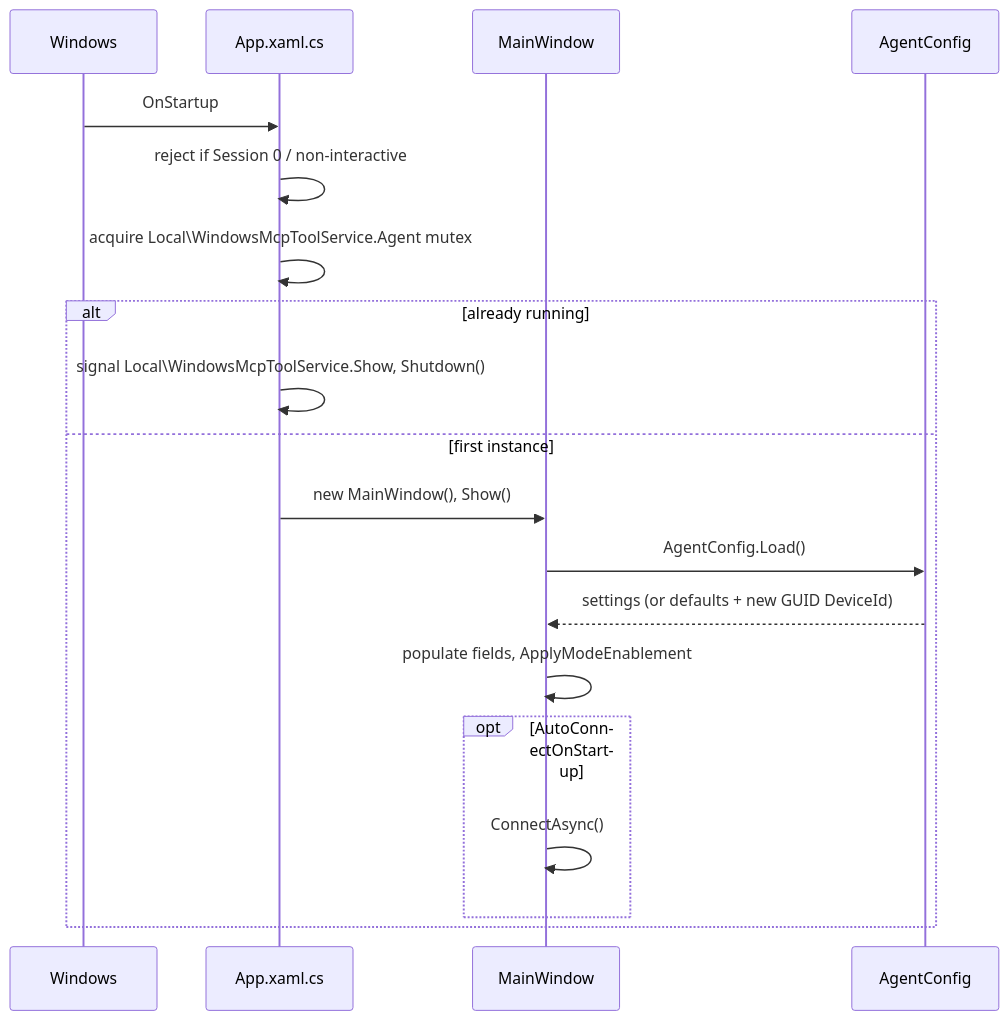
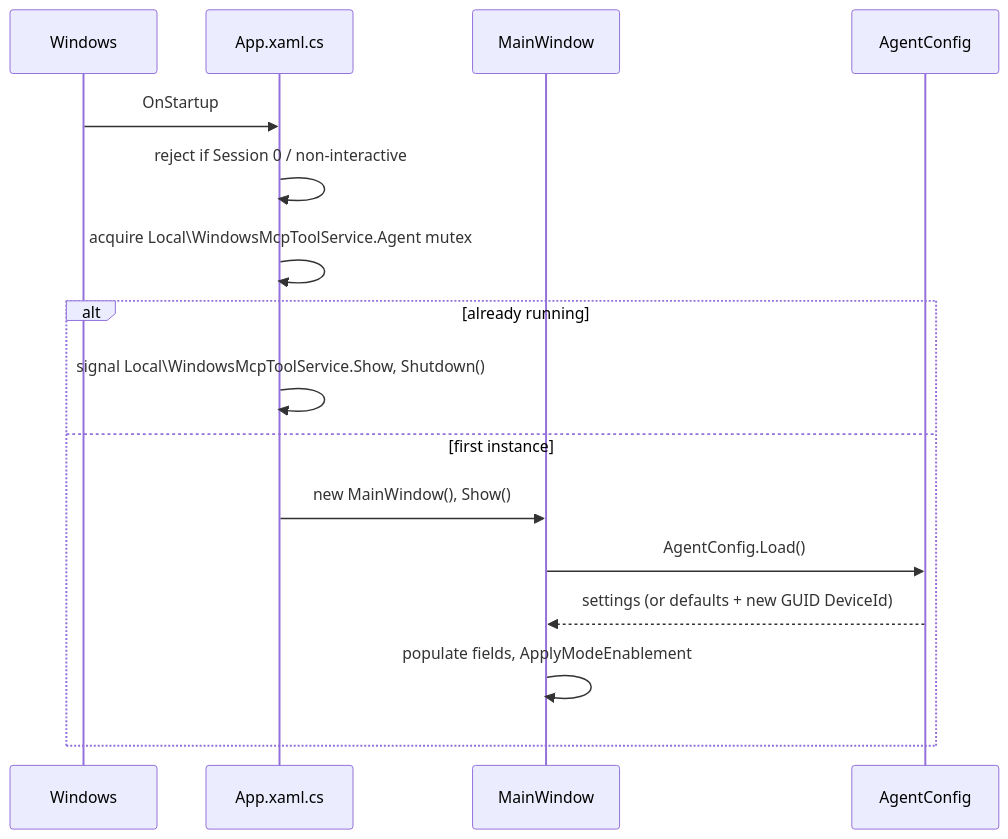
Before and after one commit to Marathe-Dev/MCPServer: the first of 4 diagrams in windows-tool-service/ProjectFlow.md, drawn with Mermaid. The commit also changed other lines of this file and 7 other files, not shown here.

````diff
--- a/windows-tool-service/ProjectFlow.md
+++ b/windows-tool-service/ProjectFlow.md
@@ -37,22 +37,19 @@
 ```mermaid
 sequenceDiagram
     participant OS as Windows
     participant App as App.xaml.cs
     participant Win as MainWindow
     participant Cfg as AgentConfig
 
     OS->>App: OnStartup
     App->>App: reject if Session 0 / non-interactive
     App->>App: acquire Local\WindowsMcpToolService.Agent mutex
     alt already running
         App->>App: signal Local\WindowsMcpToolService.Show, Shutdown()
     else first instance
         App->>Win: new MainWindow(), Show()
         Win->>Cfg: AgentConfig.Load()
         Cfg-->>Win: settings (or defaults + new GUID DeviceId)
         Win->>Win: populate fields, ApplyModeEnablement
-        opt AutoConnectOnStartup
-            Win->>Win: ConnectAsync()
-        end
     end
 ```
````
